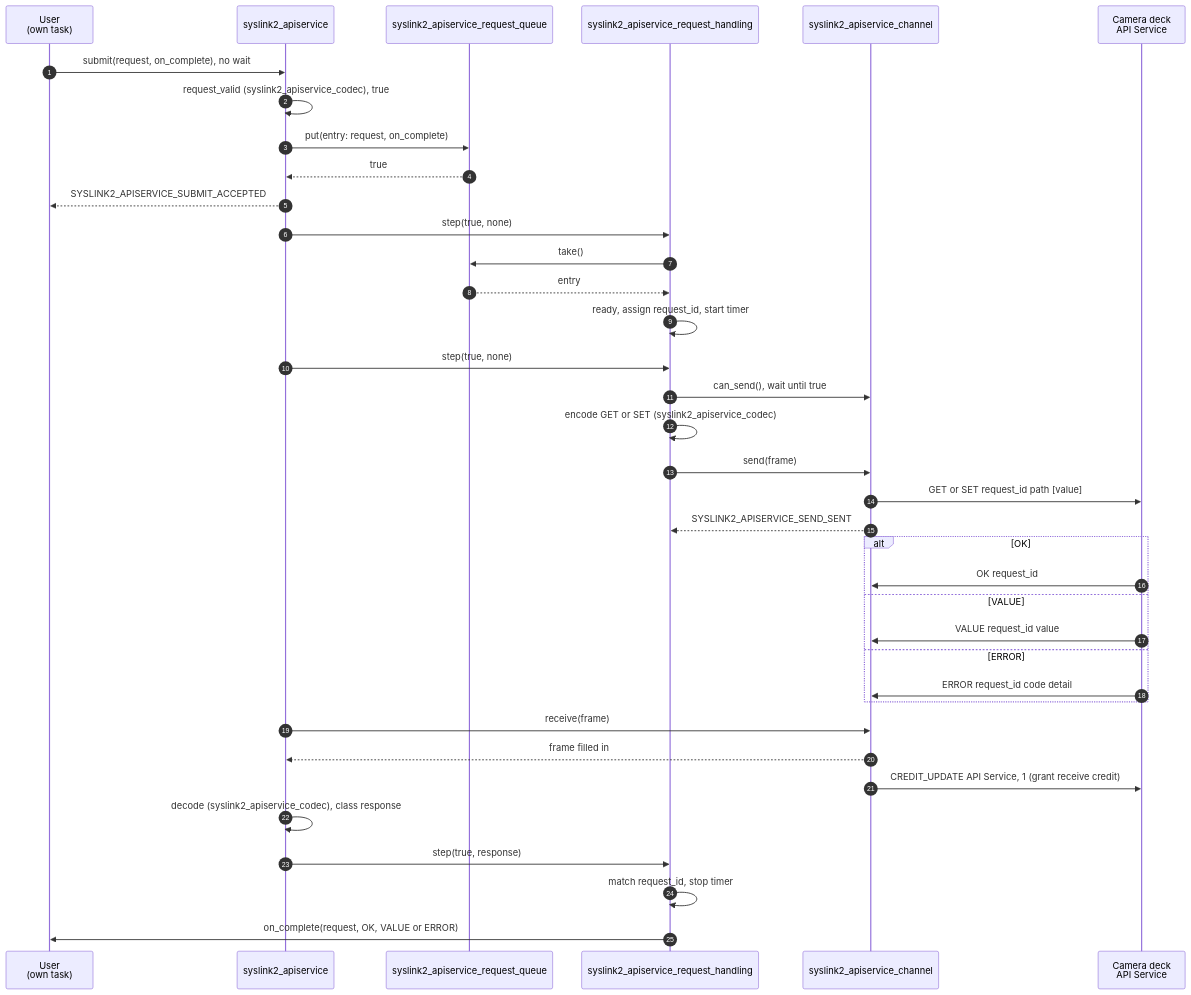
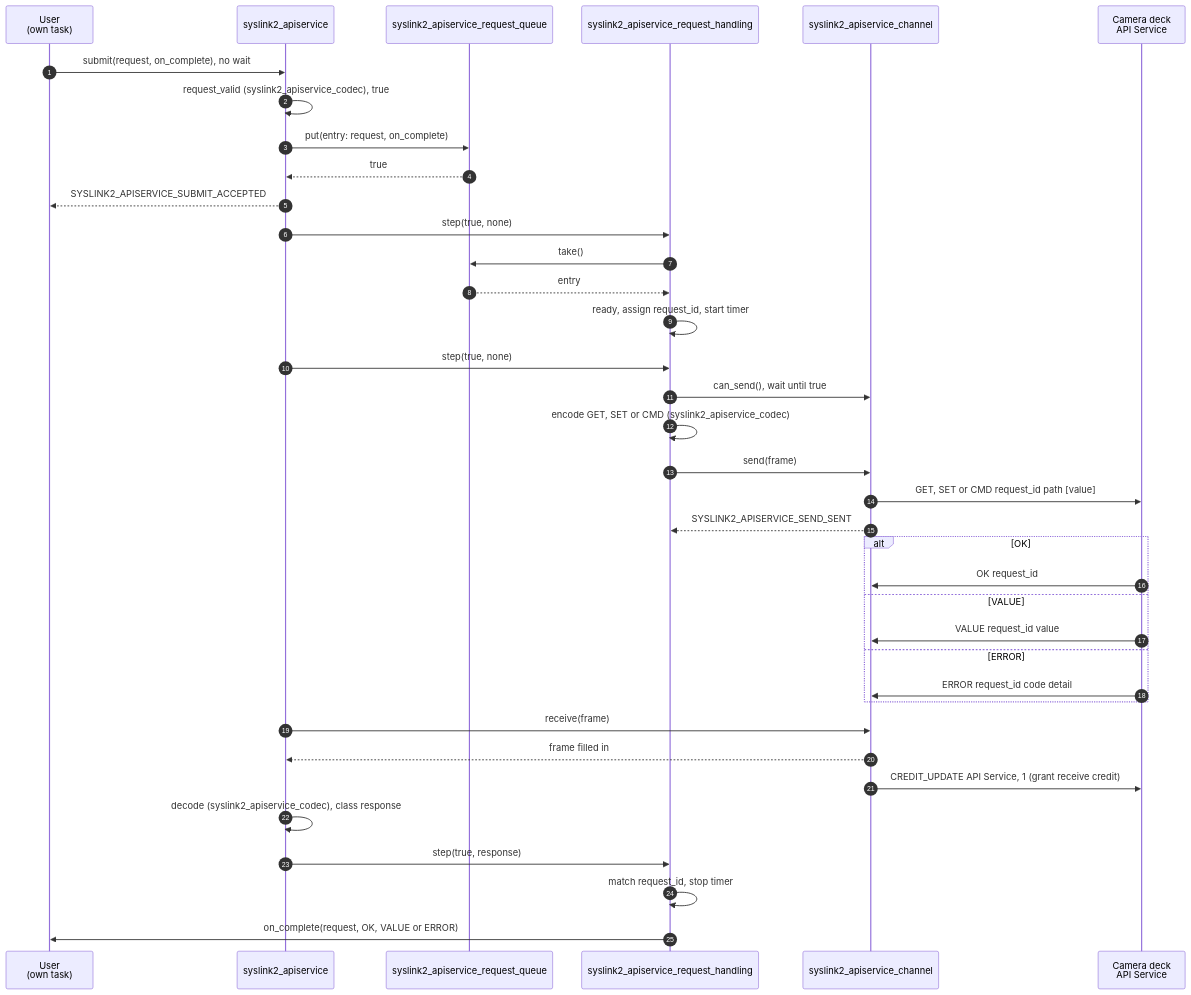
The fifth of 10 diagrams in docs/functional-areas/camera-deck-apiservice.md (bitcraze/crazyflie-firmware), drawn with Mermaid before and after one commit. The commit also changed other lines of this file, not shown here.

Commit message:
Added CMD to design

````diff
--- a/docs/functional-areas/camera-deck-apiservice.md
+++ b/docs/functional-areas/camera-deck-apiservice.md
@@ -650,40 +664,40 @@
 ```mermaid
 sequenceDiagram
     autonumber
     participant U as User<br/>(own task)
     participant CS as syslink2_apiservice
     participant Q as syslink2_apiservice_request_queue
     participant H as syslink2_apiservice_request_handling
     participant Ch as syslink2_apiservice_channel
     participant D as Camera deck<br/>API Service
 
     U->>CS: submit(request, on_complete), no wait
     CS->>CS: request_valid (syslink2_apiservice_codec), true
     CS->>Q: put(entry: request, on_complete)
     Q-->>CS: true
     CS-->>U: SYSLINK2_APISERVICE_SUBMIT_ACCEPTED
     CS->>H: step(true, none)
     H->>Q: take()
     Q-->>H: entry
     H->>H: ready, assign request_id, start timer
     CS->>H: step(true, none)
     H->>Ch: can_send(), wait until true
-    H->>H: encode GET or SET (syslink2_apiservice_codec)
+    H->>H: encode GET, SET or CMD (syslink2_apiservice_codec)
     H->>Ch: send(frame)
-    Ch->>D: GET or SET request_id path [value]
+    Ch->>D: GET, SET or CMD request_id path [value]
     Ch-->>H: SYSLINK2_APISERVICE_SEND_SENT
     alt OK
         D->>Ch: OK request_id
     else VALUE
         D->>Ch: VALUE request_id value
     else ERROR
         D->>Ch: ERROR request_id code detail
     end
     CS->>Ch: receive(frame)
     Ch-->>CS: frame filled in
     Ch->>D: CREDIT_UPDATE API Service, 1 (grant receive credit)
     CS->>CS: decode (syslink2_apiservice_codec), class response
     CS->>H: step(true, response)
     H->>H: match request_id, stop timer
     H->>U: on_complete(request, OK, VALUE or ERROR)
 ```
````
